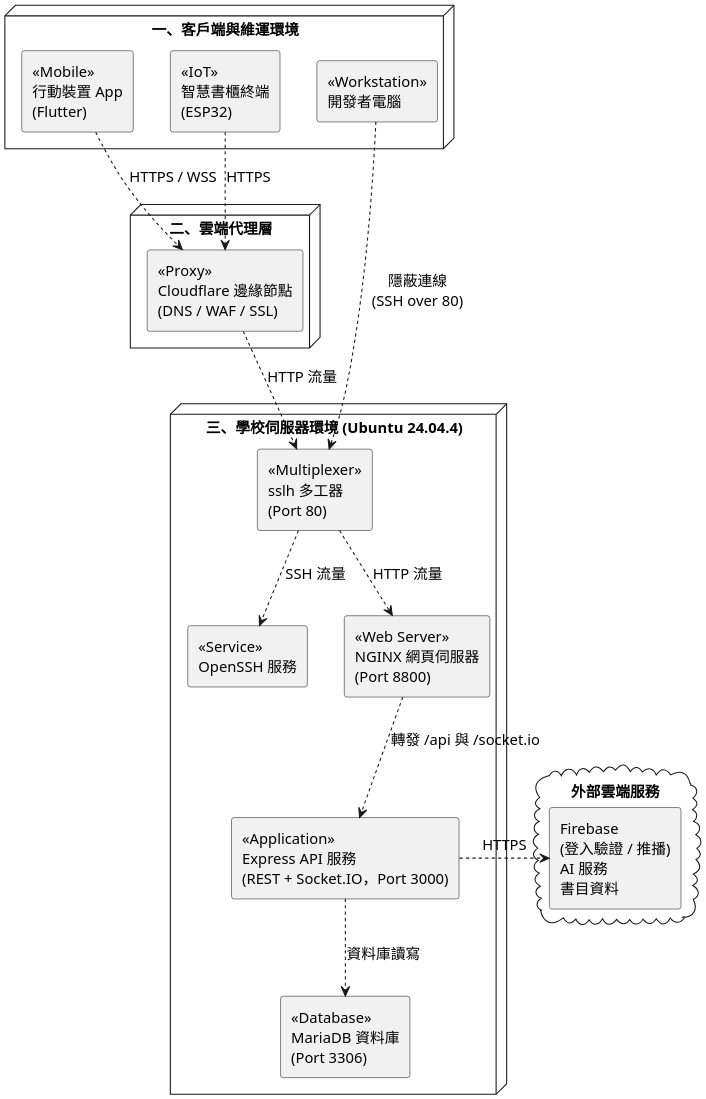
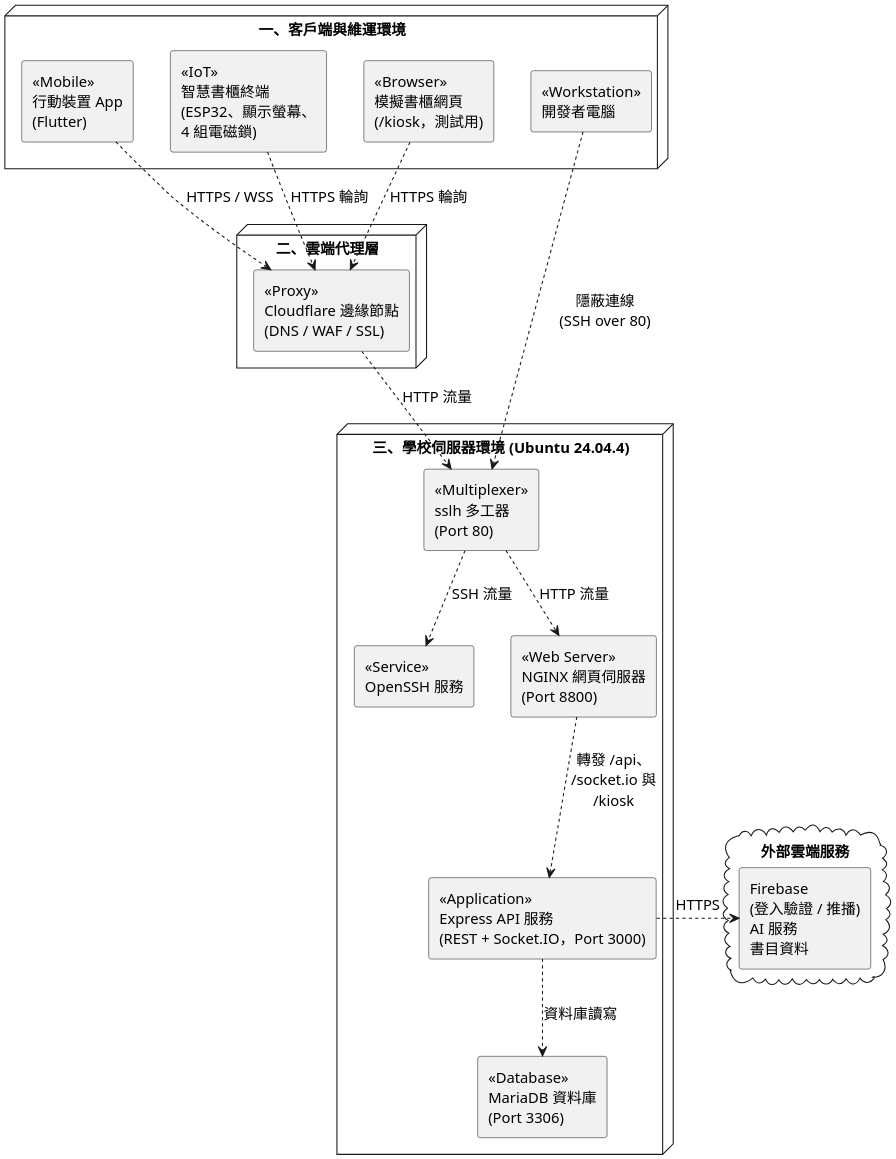
One commit to SaveMyBook/SaveMyBook changed the diagram in Diagrams/System Architecture/v3/deployment.puml. Above: the diagram before and after it, drawn with PlantUML. The commit also changed 561 other files, not shown here.

```diff
--- a/Diagrams/System Architecture/v3/deployment.puml
+++ b/Diagrams/System Architecture/v3/deployment.puml
@@ -1,40 +1,42 @@
 @startuml
 skinparam monochrome true
 skinparam shadowing false
 skinparam dpi 220
 skinparam defaultFontName "PingFang TC"
 skinparam defaultFontSize 14
 skinparam componentStyle rectangle
 
 node "一、客戶端與維運環境" {
   component "<<Mobile>>\n行動裝置 App\n(Flutter)" as app
-  component "<<IoT>>\n智慧書櫃終端\n(ESP32)" as iot
+  component "<<IoT>>\n智慧書櫃終端\n(ESP32、顯示螢幕、\n4 組電磁鎖)" as iot
+  component "<<Browser>>\n模擬書櫃網頁\n(/kiosk，測試用)" as kiosk
   component "<<Workstation>>\n開發者電腦" as dev
 }
 
 node "二、雲端代理層" {
   component "<<Proxy>>\nCloudflare 邊緣節點\n(DNS / WAF / SSL)" as cf
 }
 
 node "三、學校伺服器環境 (Ubuntu 24.04.4)" {
   component "<<Multiplexer>>\nsslh 多工器\n(Port 80)" as sslh
   component "<<Service>>\nOpenSSH 服務" as ssh
   component "<<Web Server>>\nNGINX 網頁伺服器\n(Port 8800)" as nginx
   component "<<Application>>\nExpress API 服務\n(REST + Socket.IO，Port 3000)" as api
   component "<<Database>>\nMariaDB 資料庫\n(Port 3306)" as db
 }
 
 cloud "外部雲端服務" as ext {
   component "Firebase\n(登入驗證 / 推播)\nAI 服務\n書目資料" as fb
 }
 
 app ..> cf : HTTPS / WSS
-iot ..> cf : HTTPS
+iot ..> cf : HTTPS 輪詢
+kiosk ..> cf : HTTPS 輪詢
 dev ..> sslh : 隱蔽連線\n(SSH over 80)
 cf ..> sslh : HTTP 流量
 sslh ..> ssh : SSH 流量
 sslh ..> nginx : HTTP 流量
-nginx ..> api : 轉發 /api 與 /socket.io
+nginx ..> api : 轉發 /api、\n/socket.io 與\n/kiosk
 api ..> db : 資料庫讀寫
 api .right.> fb : HTTPS
 @enduml
```
